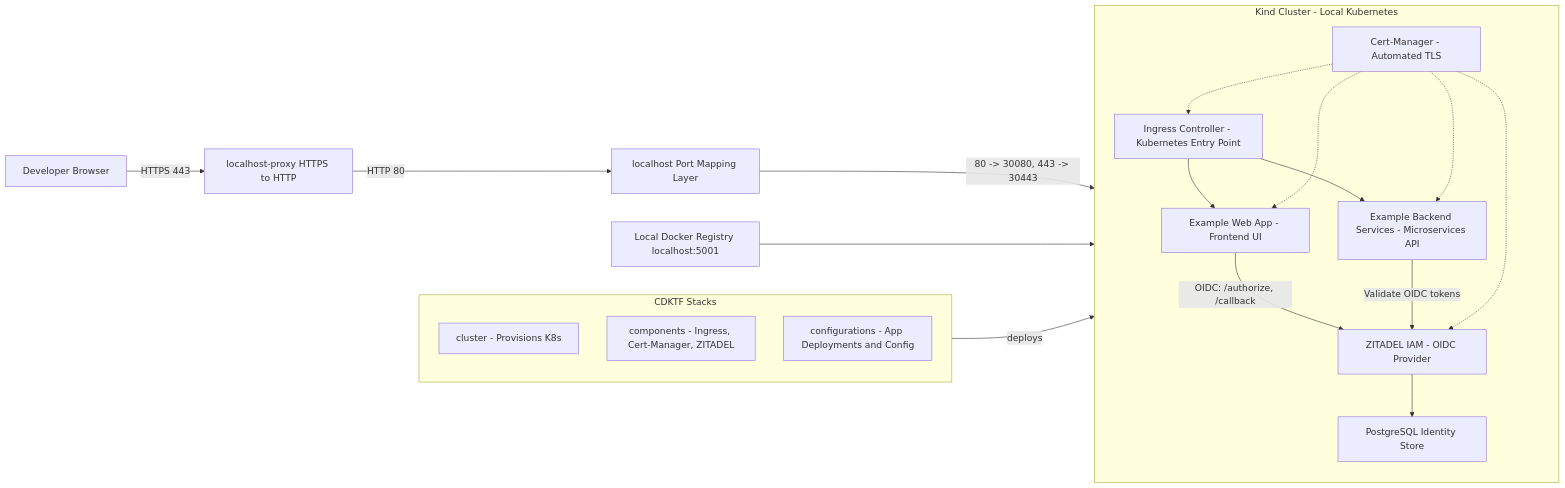
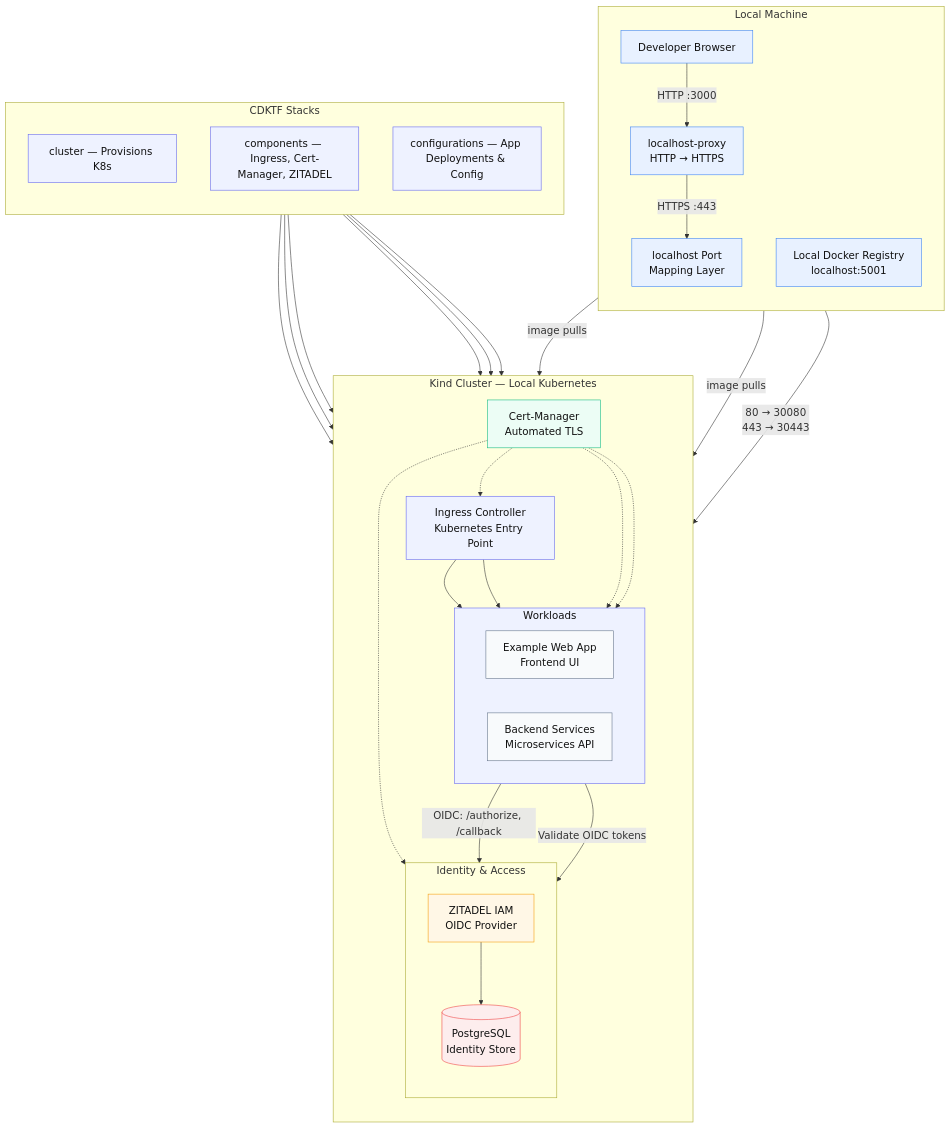
Before and after one commit to seemueller-io/cluster: the diagram in README.md, drawn with Mermaid. The commit also changed other lines of this file, not shown here.

Commit message:
improve diagram in README

````diff
--- a/README.md
+++ b/README.md
@@ -25,61 +25,111 @@
 ```mermaid
-flowchart LR
+%%{init: {
+  'theme': 'default',
+  'flowchart': { 'rankSpacing': 60, 'nodeSpacing': 60, 'diagramPadding': 48, 'htmlLabels': true },
+  'themeVariables': { 'fontSize': '18px', 'fontFamily': 'Inter, ui-sans-serif, system-ui, -apple-system, Segoe UI, Roboto, Helvetica, Arial, Noto Sans, sans-serif' }
+}}%%
+flowchart TB
 
 %% =========================
-%% External -> Local Host
+%% Local Machine (Entry Path)
 %% =========================
-    user[Developer Browser]
-    proxy[localhost-proxy HTTPS to HTTP]
-    host[localhost Port Mapping Layer]
-
-    user -->|HTTPS 443| proxy
-    proxy -->|HTTP 80| host
-    host -->|80 -> 30080, 443 -> 30443| ingress
+subgraph local[Local Machine]
+direction TB
+user[Developer Browser]
+proxy[localhost-proxy<br/>HTTP → HTTPS]
+host[localhost Port<br/>Mapping Layer]
+registry[Local Docker Registry<br/>localhost:5001]
+user -->|HTTP :3000| proxy
+proxy -->|HTTPS :443| host
+end
 
 %% =========================
-%% Kind Cluster
+%% Kind Cluster (Platform)
 %% =========================
-    subgraph clusterSG[Kind Cluster - Local Kubernetes]
-        direction TB
+subgraph clusterSG[Kind Cluster — Local Kubernetes]
+direction TB
 
-        ingress[Ingress Controller - Kubernetes Entry Point]
-        exampleApp[Example Web App - Frontend UI]
-        apps[Example Backend Services - Microservices API]
-        zitadel[ZITADEL IAM - OIDC Provider]
-        pg[PostgreSQL Identity Store]
-        cert[Cert-Manager - Automated TLS]
+%% Edge / Entry
+ingress[Ingress Controller<br/>Kubernetes Entry Point]
 
-    %% Ingress routing
-        ingress --> exampleApp
-        ingress --> apps
+%% Workloads behind ingress
+subgraph workloads[Workloads]
+direction LR
+exampleApp[Example Web App<br/>Frontend UI]
+apps[Backend Services<br/>Microservices API]
+end
 
-    %% ZITADEL fronting the app
-        exampleApp -->|OIDC: /authorize, /callback| zitadel
-        apps -->|Validate OIDC tokens| zitadel
-        zitadel --> pg
+%% Identity & Data
+subgraph iam[Identity & Access]
+direction TB
+zitadel[ZITADEL IAM<br/>OIDC Provider]
+pg[(PostgreSQL<br/>Identity Store)]
+zitadel --> pg
+end
 
-    %% Cert relationships (dotted to indicate control/automation)
-        cert -.-> ingress
-        cert -.-> exampleApp
-        cert -.-> apps
-        cert -.-> zitadel
-    end
+%% Cluster automation
+cert[Cert-Manager<br/>Automated TLS]
+
+%% Ingress routing to services
+ingress --> exampleApp
+ingress --> apps
+
+%% OIDC flows
+exampleApp -->|OIDC: /authorize, /callback| zitadel
+apps -->|Validate OIDC tokens| zitadel
+
+%% Cert-manager relationships (dotted = automation/control)
+cert -.-> ingress
+cert -.-> exampleApp
+cert -.-> apps
+cert -.-> zitadel
+end
 
 %% =========================
-%% Local Registry
+%% Image pulls into the cluster
 %% =========================
-    registry[Local Docker Registry localhost:5001]
-    registry --> clusterSG
+registry -->|image pulls| exampleApp
+registry -->|image pulls| apps
 
 %% =========================
-%% CDKTF Stacks
+%% Local → Cluster networking
 %% =========================
-    subgraph cdk[CDKTF Stacks]
-        direction TB
-        clusterStack[cluster - Provisions K8s]
-        componentsStack[components - Ingress, Cert-Manager, ZITADEL]
-        configurationsStack[configurations - App Deployments and Config]
-    end
+host -->|80 → 30080<br/>443 → 30443| ingress
 
-    cdk -->|deploys| clusterSG
+%% =========================
+%% CDKTF Stacks (Provision & Configure)
+%% =========================
+subgraph cdk[CDKTF Stacks]
+direction TB
+clusterStack[cluster — Provisions K8s]
+componentsStack[components — Ingress, Cert-Manager, ZITADEL]
+configurationsStack[configurations — App Deployments & Config]
+end
+
+%% Show where each stack applies
+clusterStack --> ingress
+componentsStack --> ingress
+componentsStack --> cert
+componentsStack --> zitadel
+configurationsStack --> exampleApp
+configurationsStack --> apps
+
+%% =========================
+%% Visual styling
+%% =========================
+classDef external fill:#E8F1FF,stroke:#3B82F6,color:#111,stroke-width:1px;
+classDef service  fill:#F8FAFC,stroke:#64748B,color:#111,stroke-width:1px;
+classDef identity fill:#FFF7E6,stroke:#F59E0B,color:#111,stroke-width:1px;
+classDef data     fill:#FDEDED,stroke:#EF4444,color:#111,stroke-width:1px;
+classDef ops      fill:#ECFDF5,stroke:#10B981,color:#111,stroke-width:1px;
+classDef infra    fill:#EEF2FF,stroke:#6366F1,color:#111,stroke-width:1px;
+
+class user,proxy,host,registry external
+class ingress,workloads infra
+class exampleApp,apps service
+class zitadel identity
+class pg data
+class cert ops
+class clusterStack,componentsStack,configurationsStack infra
+
 ```
````
